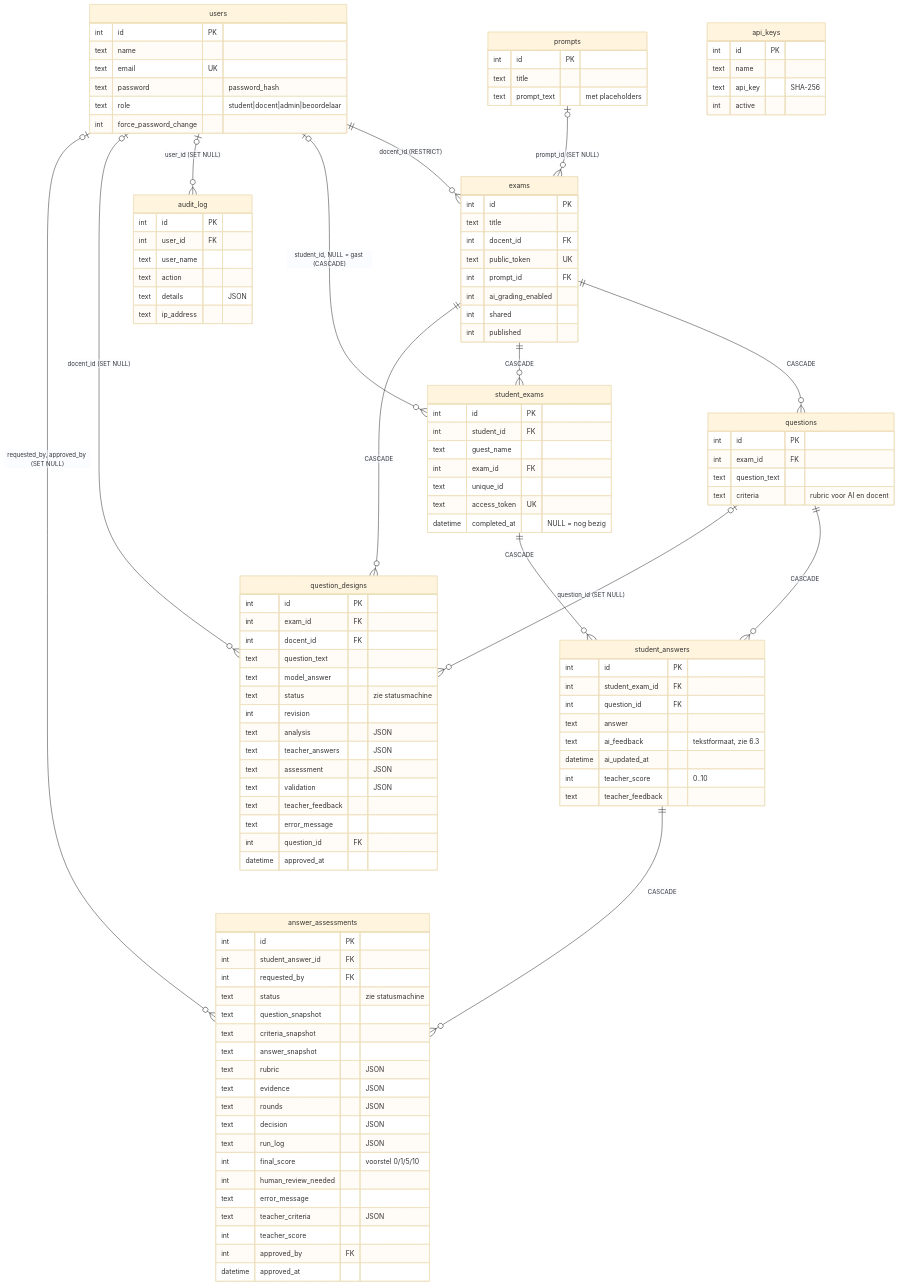
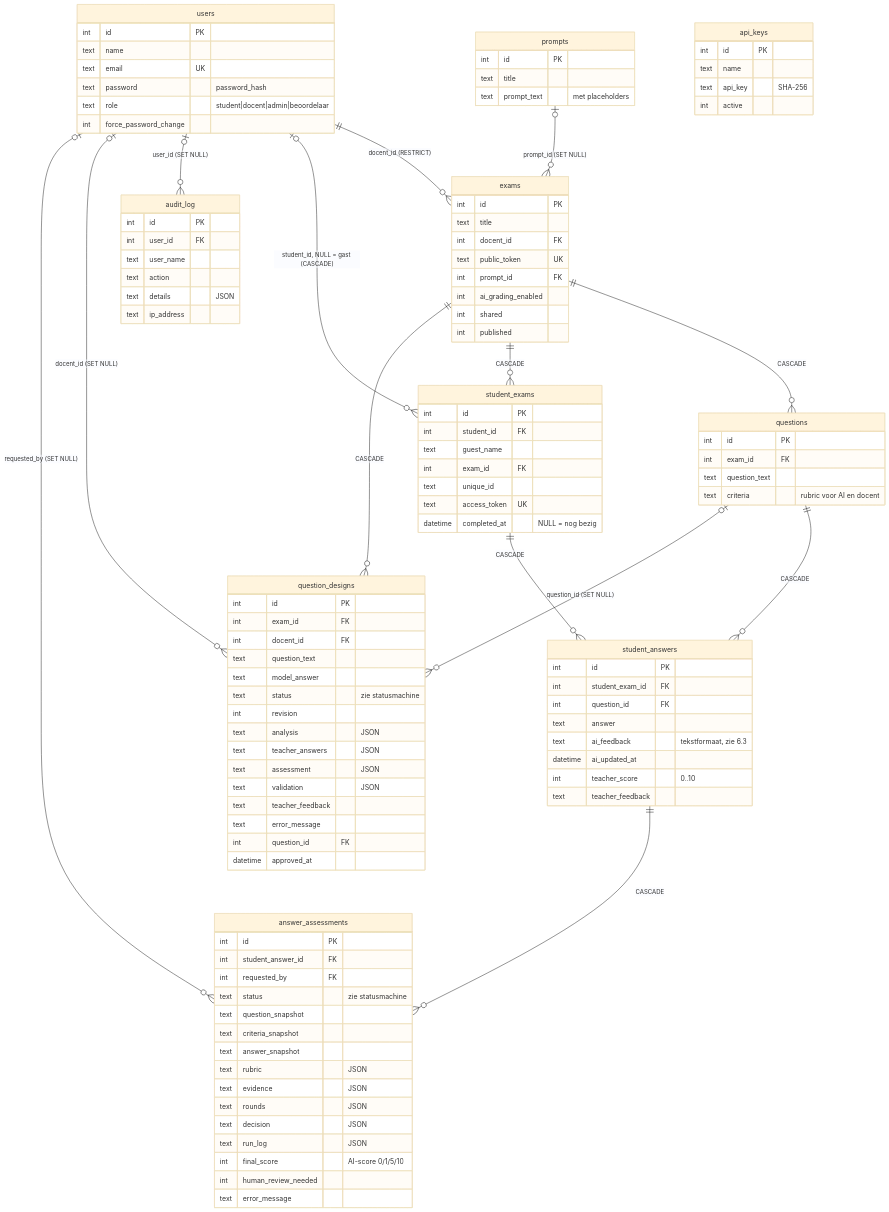
Before and after one commit to macsnoeren/genai-open-assessment: the third of 8 diagrams in ARCHITECTURE.md, drawn with Mermaid (base theme). The commit also changed other lines of this file and 16 other files, not shown here.

````diff
--- a/ARCHITECTURE.md
+++ b/ARCHITECTURE.md
@@ -302,7 +302,7 @@
     users |o--o{ question_designs : "docent_id (SET NULL)"
     questions |o--o{ question_designs : "question_id (SET NULL)"
     student_answers ||--o{ answer_assessments : "CASCADE"
-    users |o--o{ answer_assessments : "requested_by, approved_by (SET NULL)"
+    users |o--o{ answer_assessments : "requested_by (SET NULL)"
 
     users { int id PK
         text name
@@ -377,11 +377,7 @@
         text rounds "JSON"
         text decision "JSON"
         text run_log "JSON"
-        int final_score "voorstel 0/1/5/10"
+        int final_score "AI-score 0/1/5/10"
         int human_review_needed
-        text error_message
-        text teacher_criteria "JSON"
-        int teacher_score
-        int approved_by FK
-        datetime approved_at }
+        text error_message }
 ```
````
